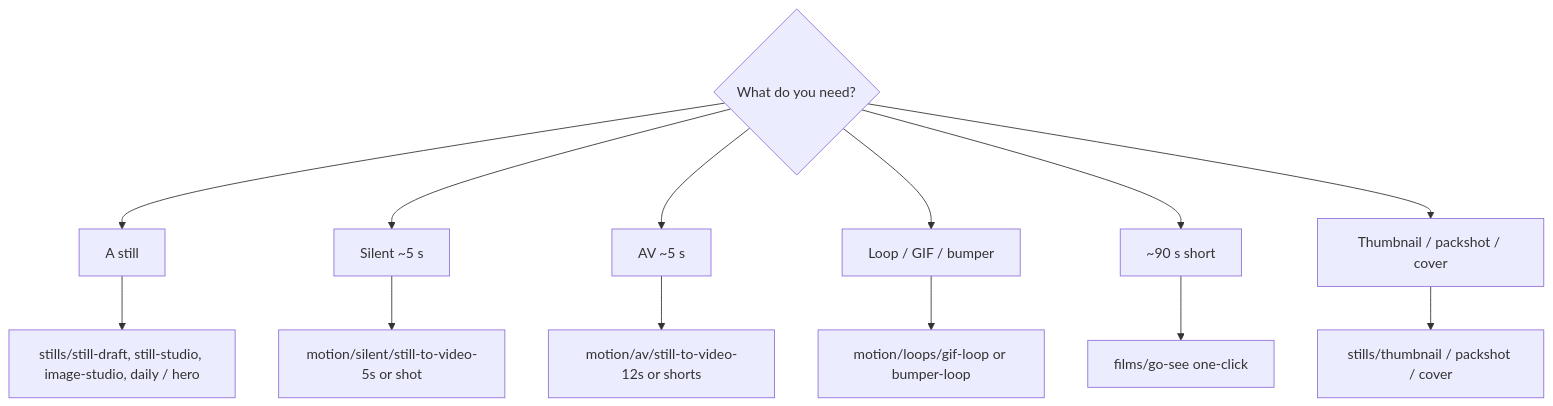
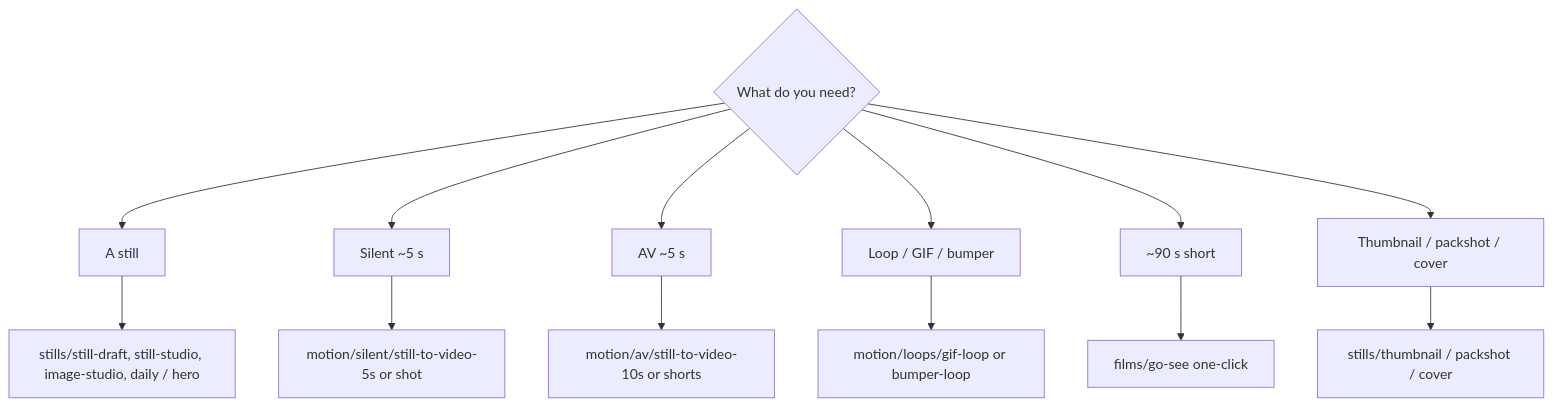
Before and after one commit to toxicoder/ez-comfy-stack: the diagram in docs/studio-workflows.mdx, drawn with Mermaid. The commit also changed other lines of this file and 247 other files, not shown here.

````diff
--- a/docs/studio-workflows.mdx
+++ b/docs/studio-workflows.mdx
@@ -52,15 +52,15 @@
 ```mermaid
 flowchart TB
   Need{"What do you need?"} --> Still["A still"]
   Need --> Motion["Silent ~5 s"]
   Need --> AV["AV ~5 s"]
   Need --> Loop["Loop / GIF / bumper"]
   Need --> Film["~90 s short"]
   Need --> Plate["Thumbnail / packshot / cover"]
   Still --> K["stills/still-draft, still-studio, image-studio, daily / hero"]
   Motion --> W["motion/silent/still-to-video-5s or shot"]
-  AV --> L["motion/av/still-to-video-12s or shorts"]
+  AV --> L["motion/av/still-to-video-10s or shorts"]
   Loop --> G["motion/loops/gif-loop or bumper-loop"]
   Film --> F["films/go-see one-click"]
   Plate --> C["stills/thumbnail / packshot / cover"]
 ```
````
